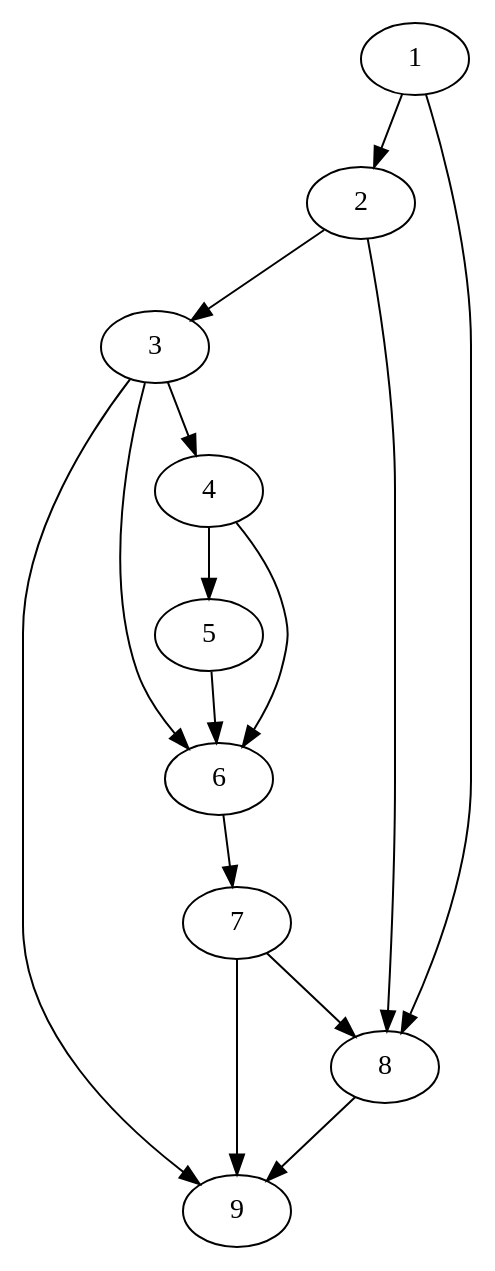
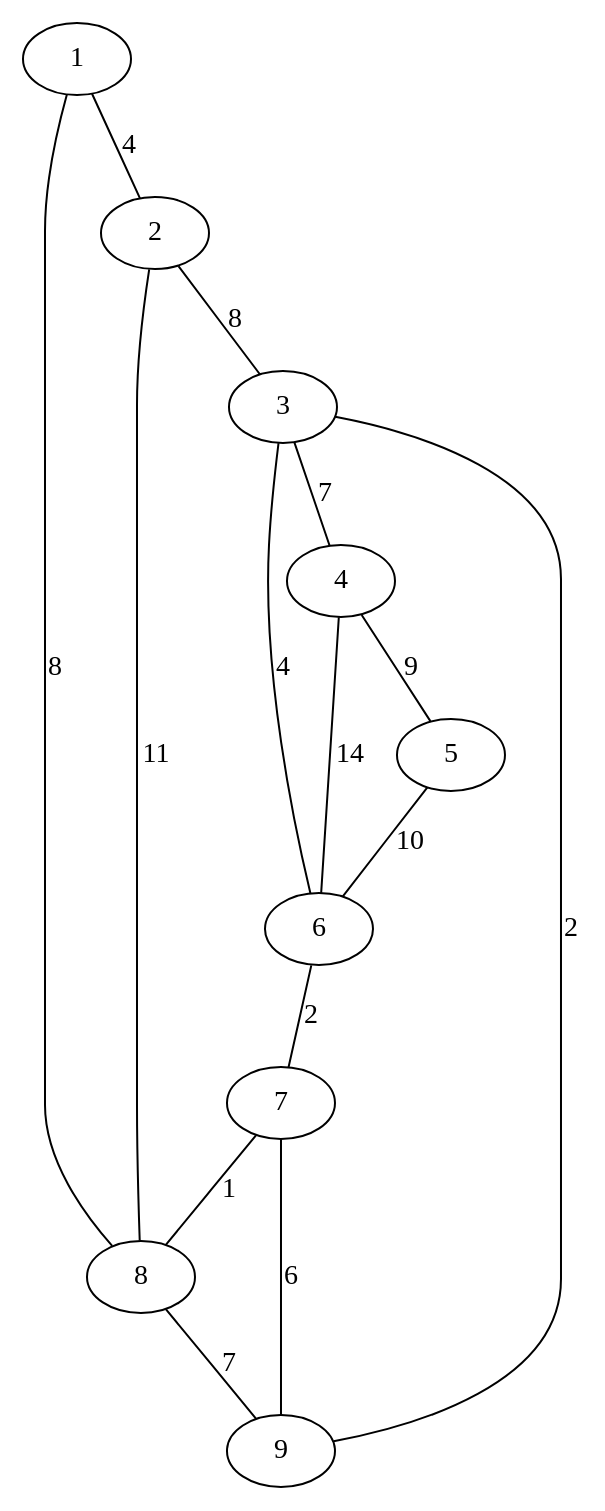
Before and after one commit to AnnaLena77/Project_M.Sc._GraphenUndNetzwerke: the diagram in filesDot/primkruskal.dot, drawn with Graphviz. The commit also changed 21 other files, not shown here.

```diff
--- a/filesDot/primkruskal.dot
+++ b/filesDot/primkruskal.dot
@@ -1,16 +1,16 @@
-digraph{
-1 -> 2
-1 -> 8
-2 -> 3
-2 -> 8
-3 -> 4
-3 -> 6
-3 -> 9
-4 -> 5
-4 -> 6
-5 -> 6
-6 -> 7
-7 -> 8
-7 -> 9
-8 -> 9
+graph{
+1 -- 2 [label=4]
+1 -- 8 [label=8]
+2 -- 3 [label=8]
+2 -- 8 [label=11]
+3 -- 4 [label=7]
+3 -- 6 [label=4]
+3 -- 9 [label=2]
+4 -- 5 [label=9]
+4 -- 6 [label=14]
+5 -- 6 [label=10]
+6 -- 7 [label=2]
+7 -- 8 [label=1]
+7 -- 9 [label=6]
+8 -- 9 [label=7]
 }
```
